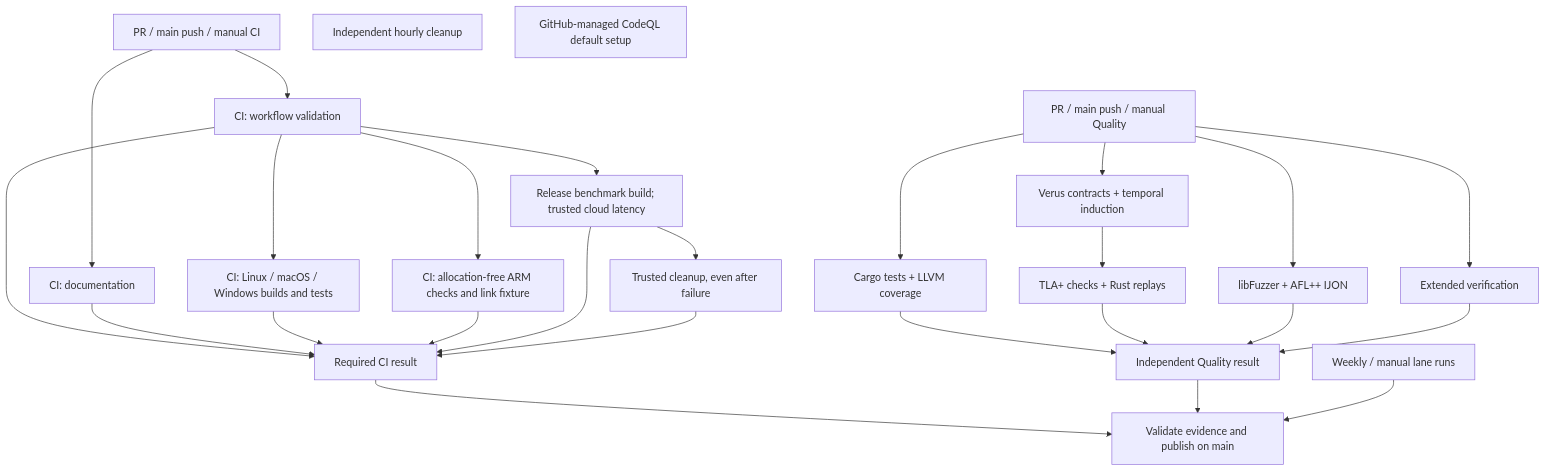
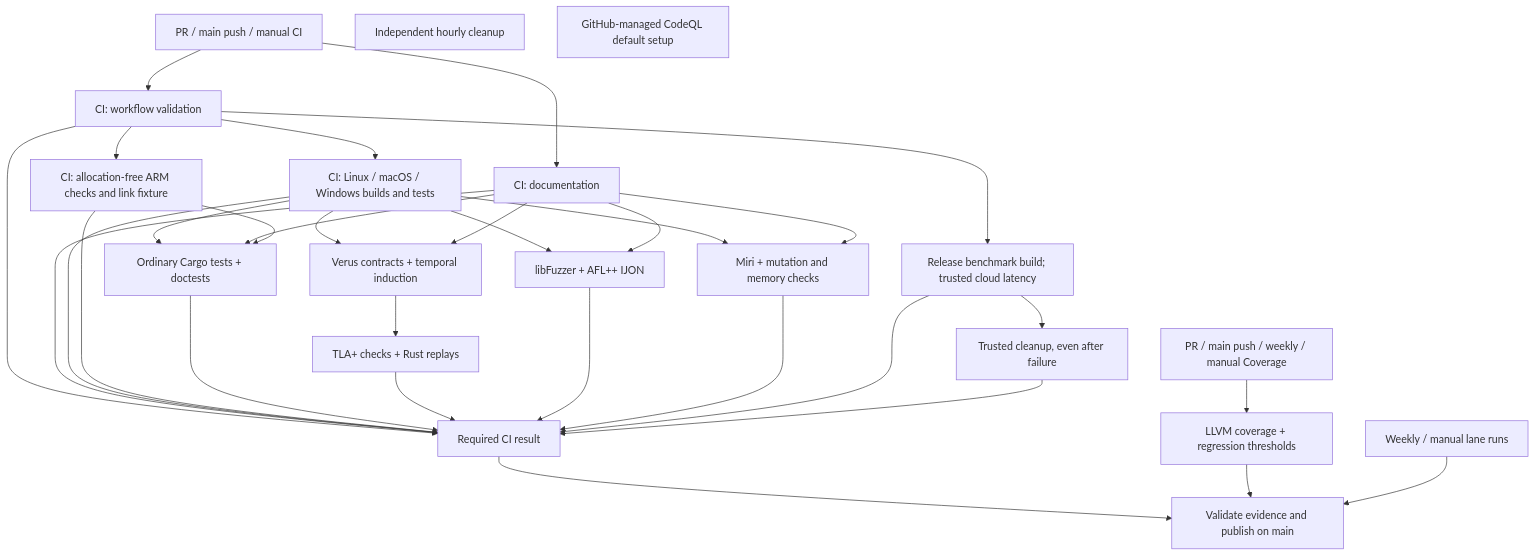
Before and after one commit to DericHuynh/capntproto: the diagram in docs/wiki/Quality-and-Benchmarks.md, drawn with Mermaid. The commit also changed other lines of this file and 18 other files, not shown here.

Commit message:
Keep tests and fuzzing in main CI and isolate LLVM coverage

````diff
--- a/docs/wiki/Quality-and-Benchmarks.md
+++ b/docs/wiki/Quality-and-Benchmarks.md
@@ -513,21 +515,21 @@
 ```mermaid
 flowchart TD
   event[PR / main push / manual CI] --> checks[CI: workflow validation]
   event --> docs[CI: documentation]
   checks --> platforms[CI: Linux / macOS / Windows builds and tests]
   checks --> portable[CI: allocation-free ARM checks and link fixture]
   checks --> benchmark[Release benchmark build; trusted cloud latency]
+  platforms & docs & portable --> cargo[Ordinary Cargo tests + doctests]
+  platforms & docs --> verus[Verus contracts + temporal induction]
+  verus --> models[TLA+ checks + Rust replays]
+  platforms & docs --> fuzz[libFuzzer + AFL++ IJON]
+  platforms & docs --> extended[Miri + mutation and memory checks]
   benchmark --> cleanup[Trusted cleanup, even after failure]
-  checks & docs & platforms & portable & benchmark & cleanup --> result[Required CI result]
-  quality[PR / main push / manual Quality] --> cargo[Cargo tests + LLVM coverage]
-  quality --> verus[Verus contracts + temporal induction]
-  verus --> models[TLA+ checks + Rust replays]
-  quality --> fuzz[libFuzzer + AFL++ IJON]
-  quality --> extended[Extended verification]
-  cargo & models & fuzz & extended --> qualityresult[Independent Quality result]
+  checks & docs & platforms & portable & cargo & models & fuzz & extended & benchmark & cleanup --> result[Required CI result]
+  coverage[PR / main push / weekly / manual Coverage] --> llvm[LLVM coverage + regression thresholds]
   result --> publish[Validate evidence and publish on main]
-  qualityresult --> publish
+  llvm --> publish
   standalone[Weekly / manual lane runs] --> publish
   janitor[Independent hourly cleanup]
   codeql[GitHub-managed CodeQL default setup]
 ```
````
